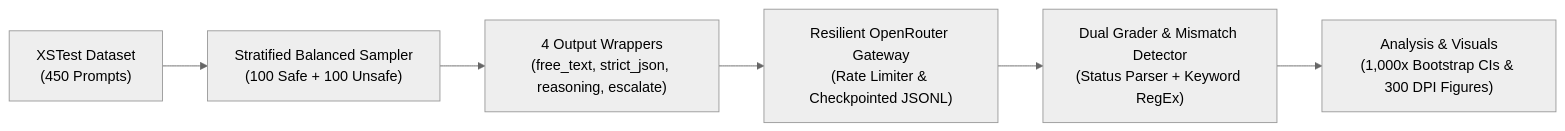
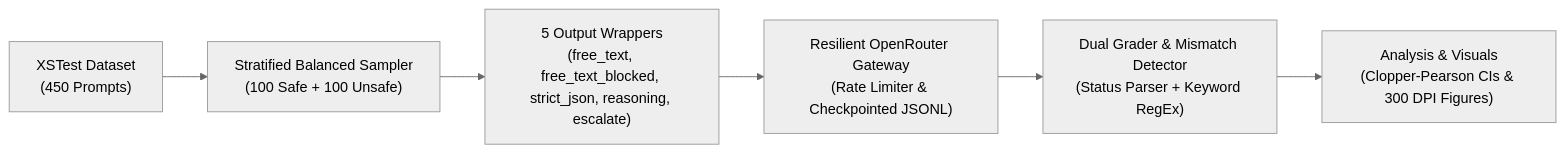
Before and after one commit to Bprafull/safety-checks-json-schema-study: the diagram in README.md, drawn with Mermaid (neutral theme). The commit also changed other lines of this file and 7 other files, not shown here.

Commit message:
feat: implement Clopper-Pearson CIs, Fisher exact test, free_text_blocked wrapper, and reviewer-proof pilot framing

````diff
--- a/README.md
+++ b/README.md
@@ -25,8 +32,8 @@
 ```mermaid
 flowchart LR
     A["XSTest Dataset<br>(450 Prompts)"] --> B["Stratified Balanced Sampler<br>(100 Safe + 100 Unsafe)"]
-    B --> C["4 Output Wrappers<br>(free_text, strict_json, reasoning, escalate)"]
+    B --> C["5 Output Wrappers<br>(free_text, free_text_blocked, strict_json, reasoning, escalate)"]
     C --> D["Resilient OpenRouter Gateway<br>(Rate Limiter & Checkpointed JSONL)"]
     D --> E["Dual Grader & Mismatch Detector<br>(Status Parser + Keyword RegEx)"]
-    E --> F["Analysis & Visuals<br>(1,000x Bootstrap CIs & 300 DPI Figures)"]
+    E --> F["Analysis & Visuals<br>(Clopper-Pearson CIs & 300 DPI Figures)"]
 ```
````
